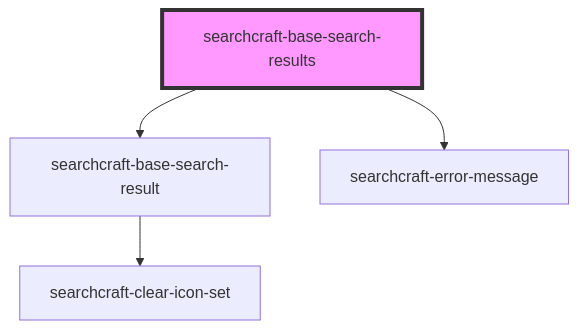
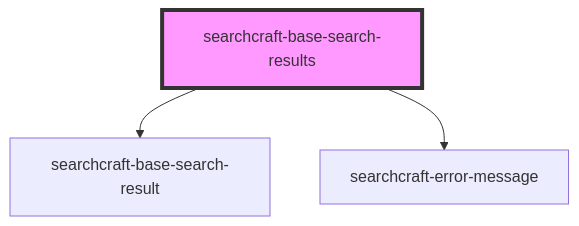
Before and after one commit to searchcraft-inc/searchcraft-javascript-sdks: the diagram in packages/javascript-sdk/src/components/searchcraft-base-search-results/readme.md, drawn with Mermaid. The commit also changed other lines of this file and 76 other files, not shown here.

````diff
--- a/packages/javascript-sdk/src/components/searchcraft-base-search-results/readme.md
+++ b/packages/javascript-sdk/src/components/searchcraft-base-search-results/readme.md
@@ -24,7 +24,6 @@
 ```mermaid
 graph TD;
   searchcraft-base-search-results --> searchcraft-base-search-result
   searchcraft-base-search-results --> searchcraft-error-message
-  searchcraft-base-search-result --> searchcraft-clear-icon-set
   style searchcraft-base-search-results fill:#f9f,stroke:#333,stroke-width:4px
 ```
````
